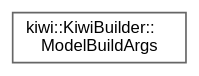
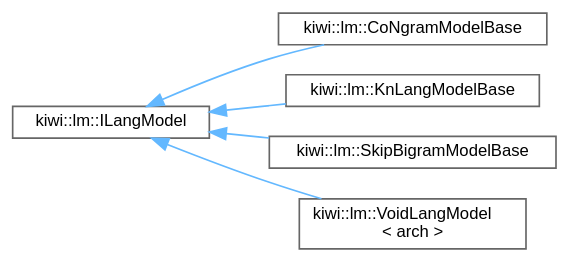
The diagram in inherit_graph_47.dot (bab2min/Kiwi), drawn with Graphviz before and after one commit. The commit also changed 545 other files, not shown here.

```diff
--- a/inherit_graph_47.dot
+++ b/inherit_graph_47.dot
@@ -1,9 +1,17 @@
 digraph "Graphical Class Hierarchy"
 {
  // LATEX_PDF_SIZE
   bgcolor="transparent";
   edge [fontname=Helvetica,fontsize=10,labelfontname=Helvetica,labelfontsize=10];
   node [fontname=Helvetica,fontsize=10,shape=box,height=0.2,width=0.4];
   rankdir="LR";
-  Node0 [id="Node000000",label="kiwi::KiwiBuilder::\lModelBuildArgs",height=0.2,width=0.4,color="grey40", fillcolor="white", style="filled",URL="$structkiwi_1_1KiwiBuilder_1_1ModelBuildArgs.html",tooltip=" "];
+  Node0 [id="Node000000",label="kiwi::lm::ILangModel",height=0.2,width=0.4,color="grey40", fillcolor="white", style="filled",URL="$classkiwi_1_1lm_1_1ILangModel.html",tooltip=" "];
+  Node0 -> Node1 [id="edge9_Node000000_Node000001",dir="back",color="steelblue1",style="solid",tooltip=" "];
+  Node1 [id="Node000001",label="kiwi::lm::CoNgramModelBase",height=0.2,width=0.4,color="grey40", fillcolor="white", style="filled",URL="$classkiwi_1_1lm_1_1CoNgramModelBase.html",tooltip=" "];
+  Node0 -> Node2 [id="edge10_Node000000_Node000002",dir="back",color="steelblue1",style="solid",tooltip=" "];
+  Node2 [id="Node000002",label="kiwi::lm::KnLangModelBase",height=0.2,width=0.4,color="grey40", fillcolor="white", style="filled",URL="$classkiwi_1_1lm_1_1KnLangModelBase.html",tooltip=" "];
+  Node0 -> Node3 [id="edge11_Node000000_Node000003",dir="back",color="steelblue1",style="solid",tooltip=" "];
+  Node3 [id="Node000003",label="kiwi::lm::SkipBigramModelBase",height=0.2,width=0.4,color="grey40", fillcolor="white", style="filled",URL="$classkiwi_1_1lm_1_1SkipBigramModelBase.html",tooltip=" "];
+  Node0 -> Node4 [id="edge12_Node000000_Node000004",dir="back",color="steelblue1",style="solid",tooltip=" "];
+  Node4 [id="Node000004",label="kiwi::lm::VoidLangModel\l\< arch \>",height=0.2,width=0.4,color="grey40", fillcolor="white", style="filled",URL="$classkiwi_1_1lm_1_1VoidLangModel.html",tooltip=" "];
 }
```
